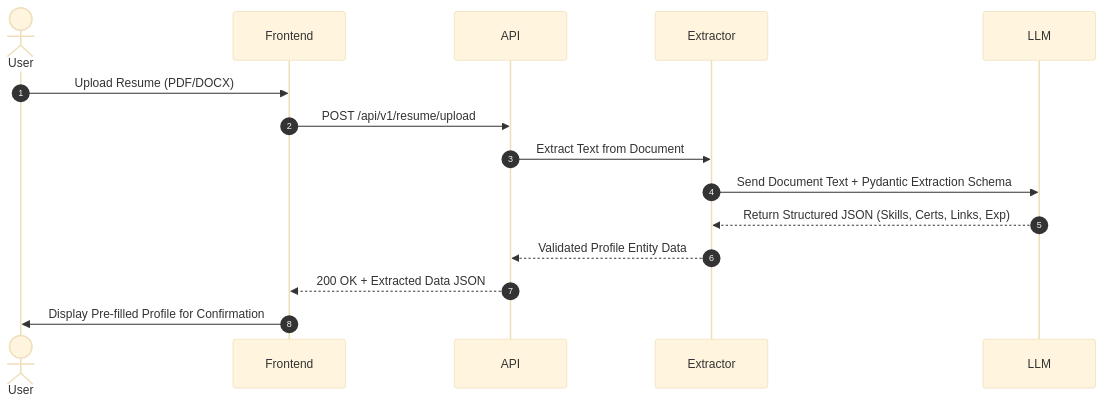
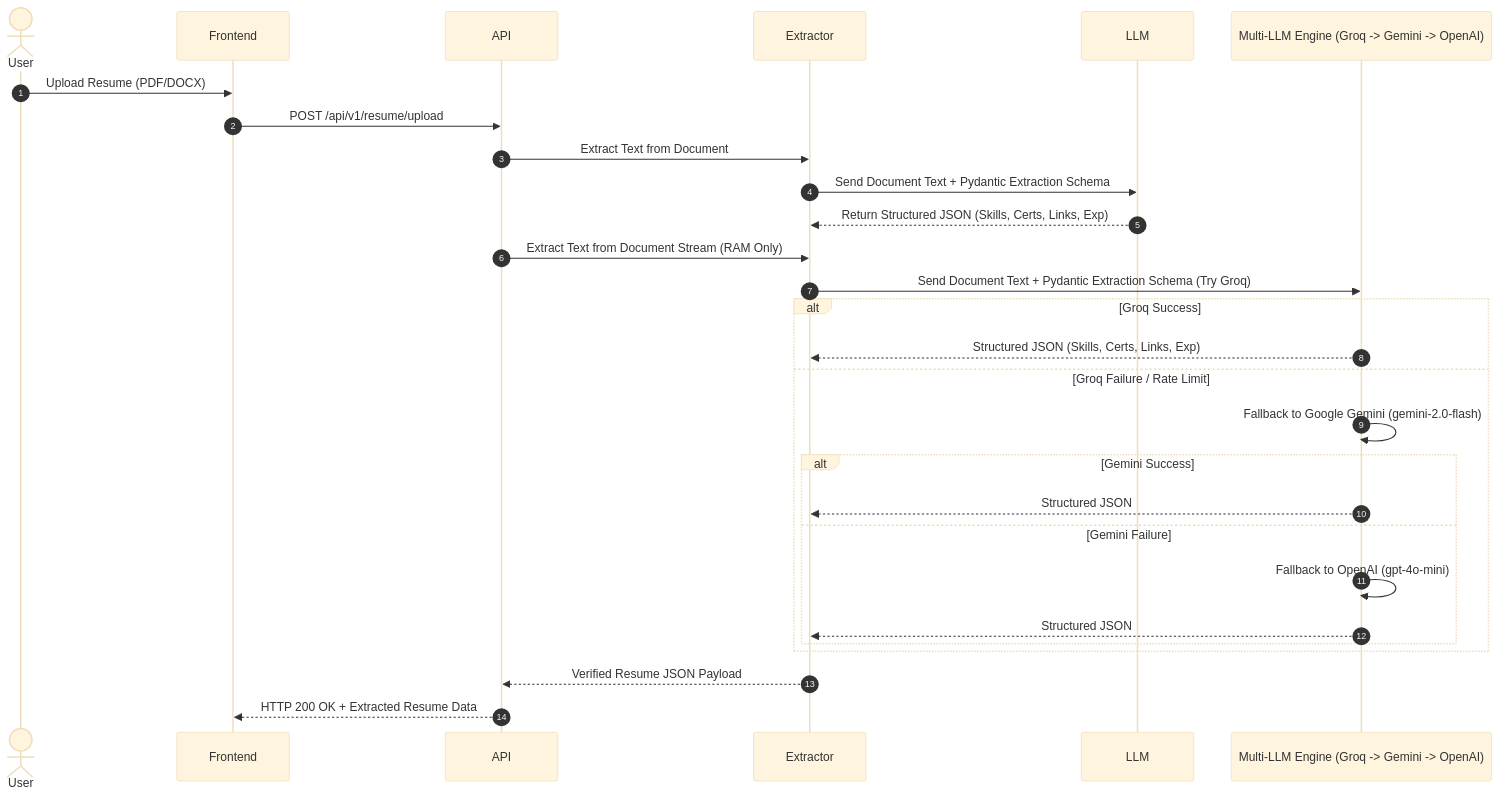
One commit to Suhira30/career-compass-ai changed the sixth of 7 diagrams in docs/SAD.md. Above: the diagram before and after it, drawn with Mermaid (base theme). The commit also changed other lines of this file and 9 other files, not shown here.

First line of the commit message:
feat(api): implement resume upload REST endpoint and multi-LLM fallback engine

````diff
--- a/docs/SAD.md
+++ b/docs/SAD.md
@@ -247,18 +251,31 @@
 ```mermaid
 sequenceDiagram
     autonumber
     actor User
     participant Frontend
     participant API
     participant Extractor
     participant LLM
+    participant LLMChain as Multi-LLM Engine (Groq -> Gemini -> OpenAI)
 
     User->>Frontend: Upload Resume (PDF/DOCX)
     Frontend->>API: POST /api/v1/resume/upload
     API->>Extractor: Extract Text from Document
     Extractor->>LLM: Send Document Text + Pydantic Extraction Schema
     LLM-->>Extractor: Return Structured JSON (Skills, Certs, Links, Exp)
-    Extractor-->>API: Validated Profile Entity Data
-    API-->>Frontend: 200 OK + Extracted Data JSON
-    Frontend->>User: Display Pre-filled Profile for Confirmation
+    API->>Extractor: Extract Text from Document Stream (RAM Only)
+    Extractor->>LLMChain: Send Document Text + Pydantic Extraction Schema (Try Groq)
+    alt Groq Success
+        LLMChain-->>Extractor: Structured JSON (Skills, Certs, Links, Exp)
+    else Groq Failure / Rate Limit
+        LLMChain->>LLMChain: Fallback to Google Gemini (gemini-2.0-flash)
+        alt Gemini Success
+            LLMChain-->>Extractor: Structured JSON
+        else Gemini Failure
+            LLMChain->>LLMChain: Fallback to OpenAI (gpt-4o-mini)
+            LLMChain-->>Extractor: Structured JSON
+        end
+    end
+    Extractor-->>API: Verified Resume JSON Payload
+    API-->>Frontend: HTTP 200 OK + Extracted Resume Data
 ```
````
